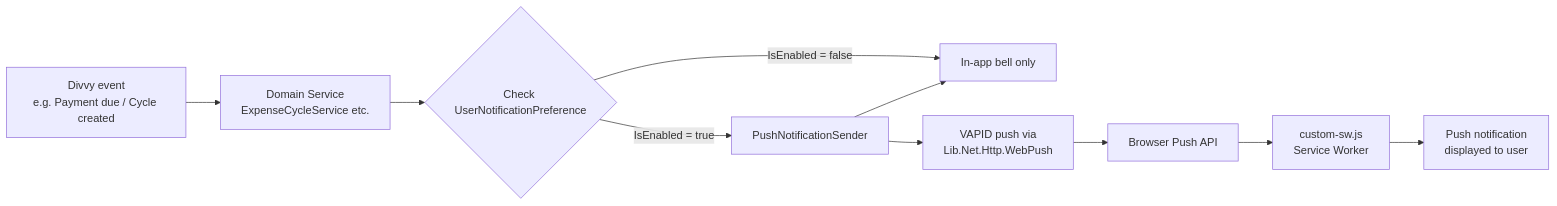
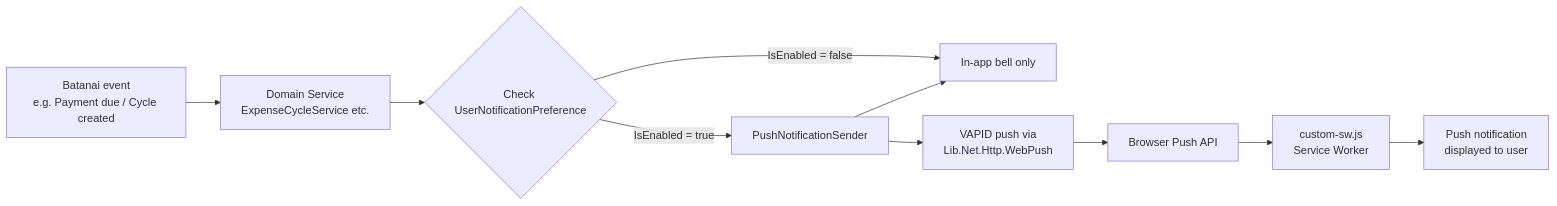
The third of 4 diagrams in docs/technical documents/Architecture.md (CarolineChirenje/blueprint1989), drawn with Mermaid before and after one commit. The commit also changed other lines of this file and 327 other files, not shown here.

````diff
--- a/docs/technical documents/Architecture.md
+++ b/docs/technical documents/Architecture.md
@@ -235,12 +235,12 @@
 ```mermaid
 flowchart LR
-    A[Divvy event\ne.g. Payment due / Cycle created] --> B[Domain Service\nExpenseCycleService etc.]
+    A[Batanai event\ne.g. Payment due / Cycle created] --> B[Domain Service\nExpenseCycleService etc.]
     B --> C{Check UserNotificationPreference}
     C -->|IsEnabled = true| D[PushNotificationSender]
     C -->|IsEnabled = false| E[In-app bell only]
     D --> F[VAPID push via\nLib.Net.Http.WebPush]
     F --> G[Browser Push API]
     G --> H[custom-sw.js\nService Worker]
     H --> I[Push notification\ndisplayed to user]
     D --> E
 ```
````
